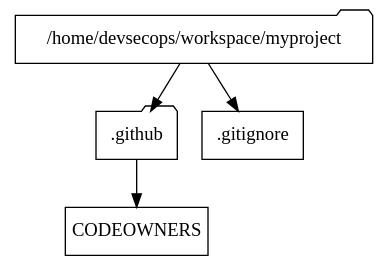
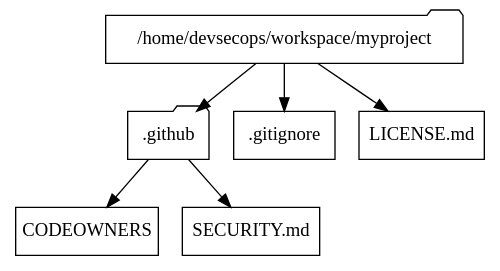
One commit to ajcborges/devsecops-tactical-workbook changed the diagram in book/dot/22-github.dot. Above: the diagram before and after it, drawn with Graphviz. The commit also changed other lines of this file and 15 other files, not shown here.

```diff
--- a/book/dot/22-github.dot
+++ b/book/dot/22-github.dot
@@ -1,14 +1,19 @@
 digraph githubdirectory {
   size="8,4";
   node [fontname="Helvetica" fontsize=14 shape=box];
   edge [fontname="Symbol" fontsize=10];
 
   devsecops [shape=folder fontname="Symbol" label="/home/devsecops/workspace/myproject"];
   github [shape=folder fontname="Symbol" label=".github"];
+
   codeowners [fontname="Symbol" label="CODEOWNERS"];
   gitignore [fontname="Symbol" label=".gitignore"];
+  license [fontname="Symbol" label="LICENSE.md"];
+  security [fontname="Symbol" label="SECURITY.md"];
 
   devsecops -> github;
   github -> codeowners;
+  github -> security;
   devsecops -> gitignore;
+  devsecops -> license;
 }
```
